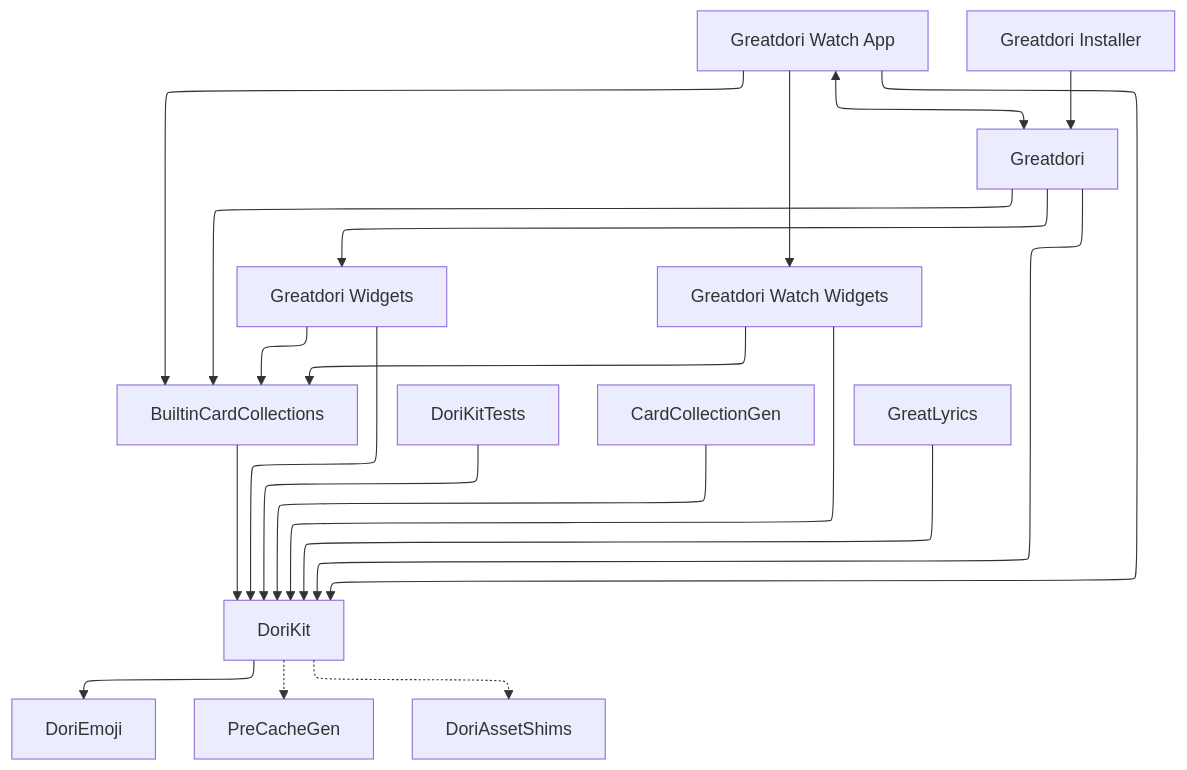
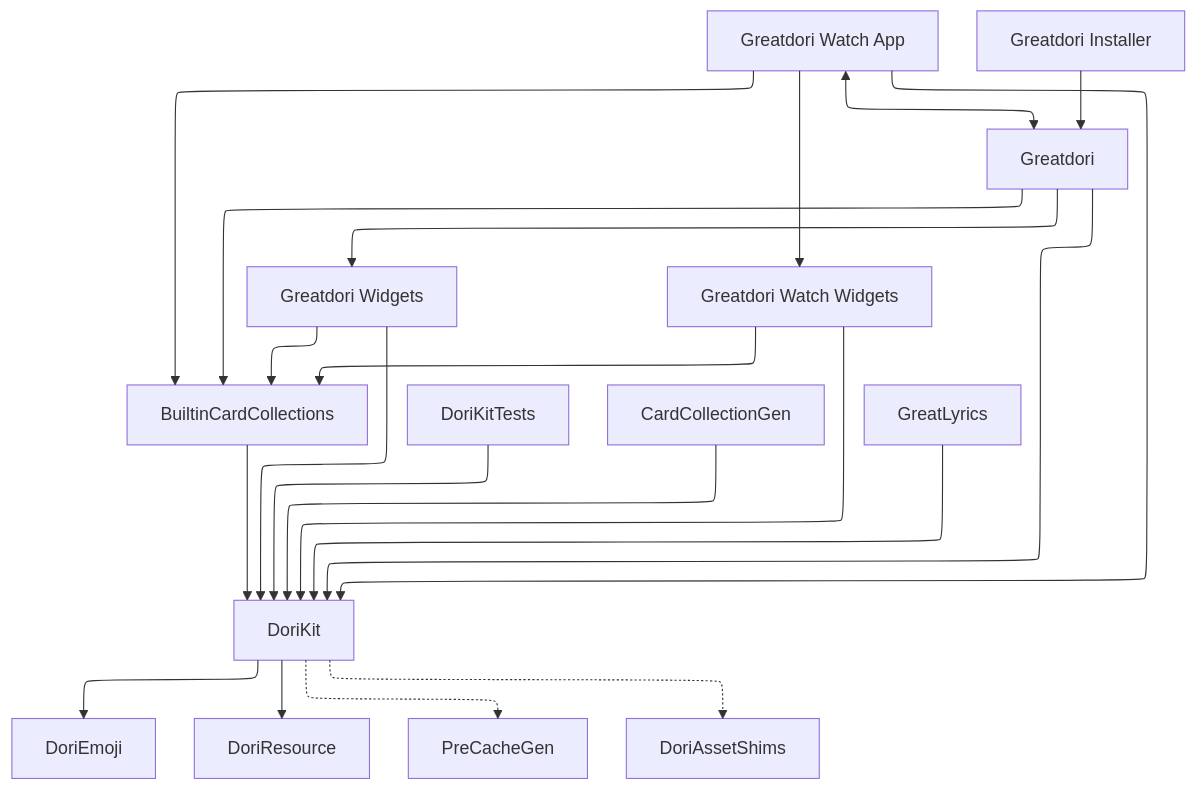
Before and after one commit to Greatdori/Greatdori: the diagram in README.md, drawn with Mermaid. The commit also changed other lines of this file and 64 other files, not shown here.

Commit message:
Add `DoriResource` bundle for commonly used binary resources

````diff
--- a/README.md
+++ b/README.md
@@ -101,20 +102,21 @@
 ```mermaid
 ---
 config:
   layout: elk
 ---
 flowchart TD;
     GA["Greatdori"] --> DK["DoriKit"] & GW["Greatdori Widgets"] & BCC["BuiltinCardCollections"]
     GWA["Greatdori Watch App"] <--> GA
     GW --> DK & BCC
     GWA --> DK & BCC & GWW["Greatdori Watch Widgets"]
     GWW --> DK & BCC
     BCC --> DK
     DKT["DoriKitTests"] --> DK
     DK --> DE["DoriEmoji"]
+    DK --> DR["DoriResource"]
     DK -.-> PCG["PreCacheGen"]
     DK -.-> DAS["DoriAssetShims"]
     GI["Greatdori Installer"] --> GA
     CCG["CardCollectionGen"] --> DK
     GL["GreatLyrics"] --> DK
 ```
````
